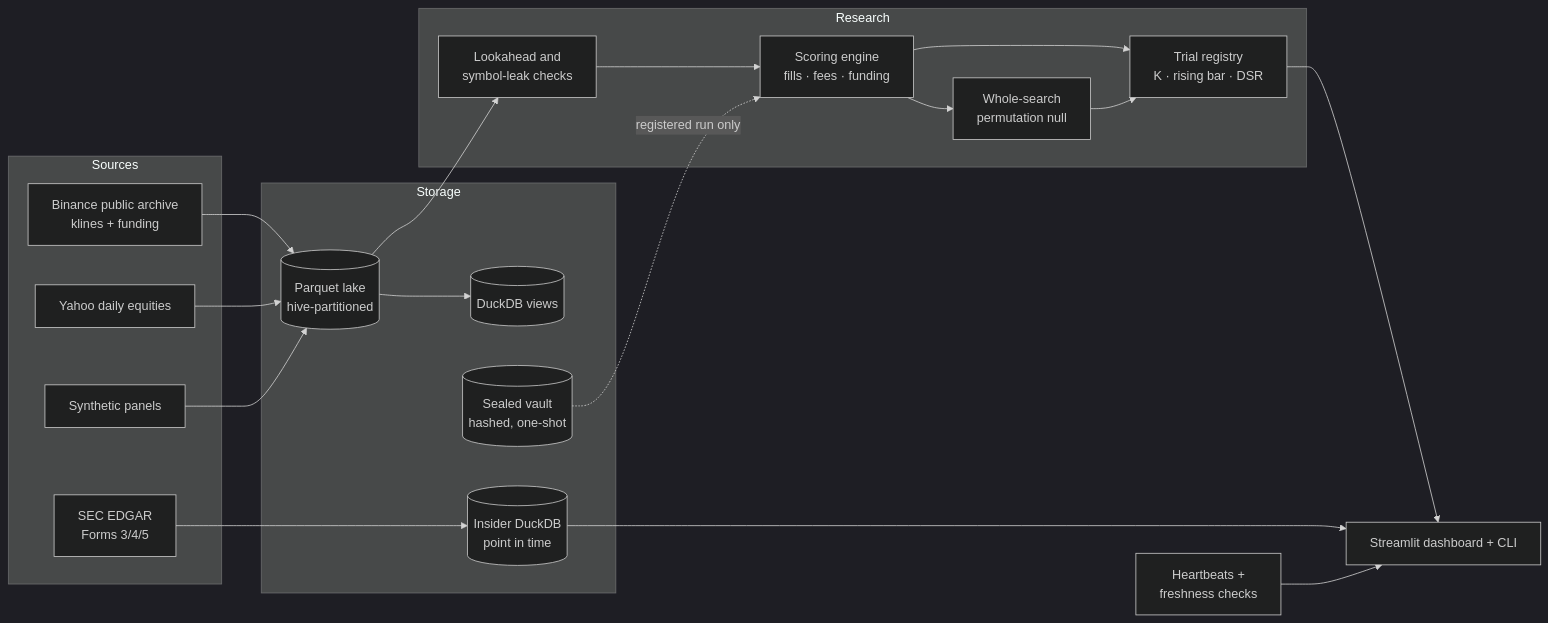
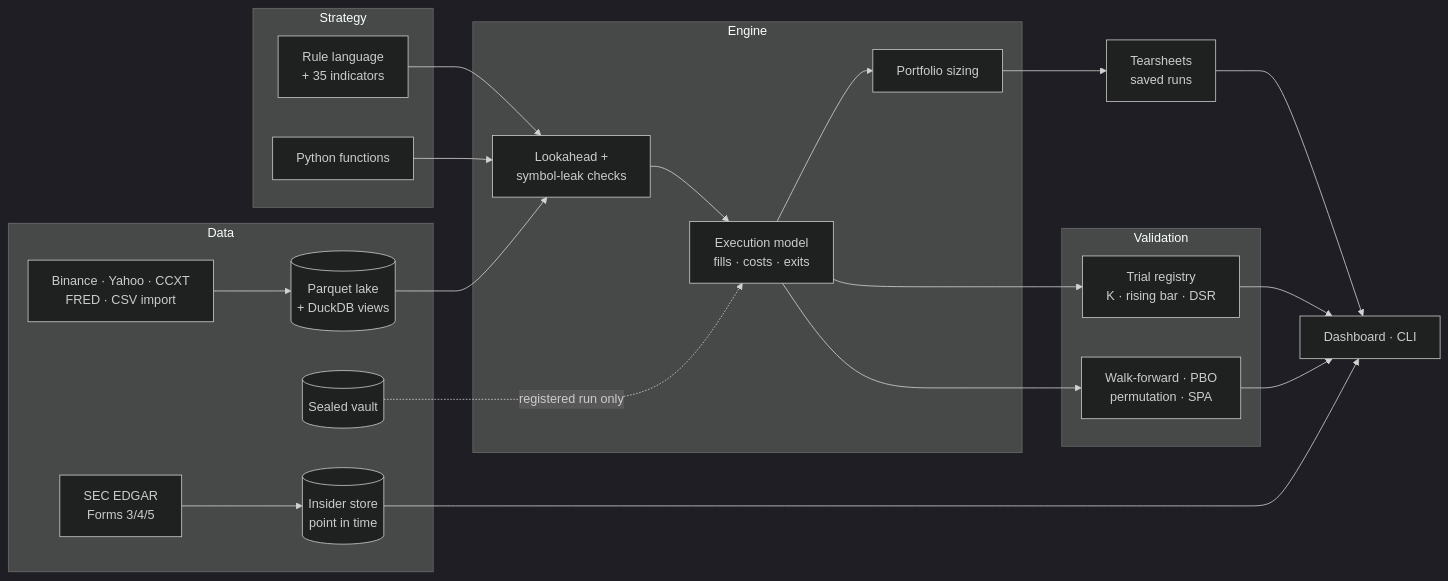
Before and after one commit to Skippy-8/quantlab: the diagram in README.md, drawn with Mermaid (dark theme). The commit also changed other lines of this file and 63 other files, not shown here.

````diff
--- a/README.md
+++ b/README.md
@@ -27,29 +164,30 @@
 ```mermaid
 flowchart LR
-    subgraph Sources
-      BN[Binance public archive<br/>klines + funding]
-      YF[Yahoo daily equities]
+    subgraph Data
+      SRC[Binance · Yahoo · CCXT<br/>FRED · CSV import]
       SEC[SEC EDGAR<br/>Forms 3/4/5]
-      SYN[Synthetic panels]
+      LAKE[(Parquet lake<br/>+ DuckDB views)]
+      INS[(Insider store<br/>point in time)]
+      VAULT[(Sealed vault)]
     end
-    subgraph Storage
-      LAKE[(Parquet lake<br/>hive-partitioned)]
-      DUCK[(DuckDB views)]
-      INS[(Insider DuckDB<br/>point in time)]
-      VAULT[(Sealed vault<br/>hashed, one-shot)]
+    subgraph Strategy
+      RULES[Rule language<br/>+ 35 indicators]
+      PY[Python functions]
     end
-    subgraph Research
-      ENG[Scoring engine<br/>fills · fees · funding]
-      CHK[Lookahead and<br/>symbol-leak checks]
+    subgraph Engine
+      CHK[Lookahead +<br/>symbol-leak checks]
+      ENG[Execution model<br/>fills · costs · exits]
+      PF[Portfolio sizing]
+    end
+    subgraph Validation
       REG[Trial registry<br/>K · rising bar · DSR]
-      NULL[Whole-search<br/>permutation null]
+      WF[Walk-forward · PBO<br/>permutation · SPA]
     end
-    BN & YF & SYN --> LAKE --> DUCK
+    SRC --> LAKE
     SEC --> INS
-    LAKE --> CHK --> ENG --> REG
-    ENG --> NULL --> REG
+    RULES & PY --> CHK
+    LAKE --> CHK --> ENG --> PF --> REP[Tearsheets<br/>saved runs]
+    ENG --> REG & WF
     VAULT -. registered run only .-> ENG
-    REG --> UI[Streamlit dashboard + CLI]
-    INS --> UI
-    MON[Heartbeats +<br/>freshness checks] --> UI
+    REP & REG & WF & INS --> UI[Dashboard · CLI]
 ```
````
